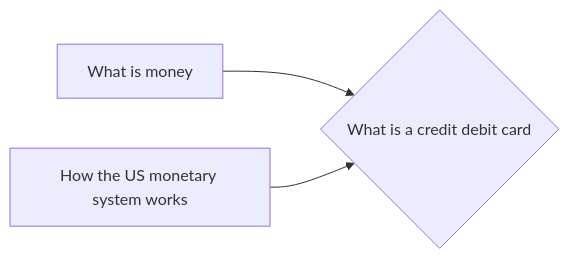
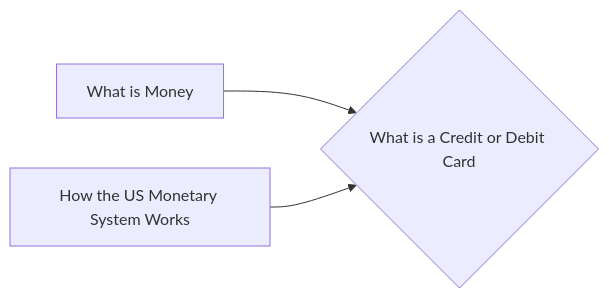
The diagram in notes/What_is_a_Credit_or_Debit_Card.md (lpurdy01/crypto-knowledge-map), drawn with Mermaid before and after one commit. The commit also changed 50 other files, not shown here.

````diff
--- a/notes/What_is_a_Credit_or_Debit_Card.md
+++ b/notes/What_is_a_Credit_or_Debit_Card.md
@@ -9,5 +9,5 @@
 ```mermaid
 graph LR
-1["What is money"]-->0{"What is a credit debit card"}
-2["How the US monetary system works"]-->0{"What is a credit debit card"}
+1["What is Money"]-->0{"What is a Credit or Debit Card"}
+2["How the US Monetary System Works"]-->0{"What is a Credit or Debit Card"}
 ```
````
